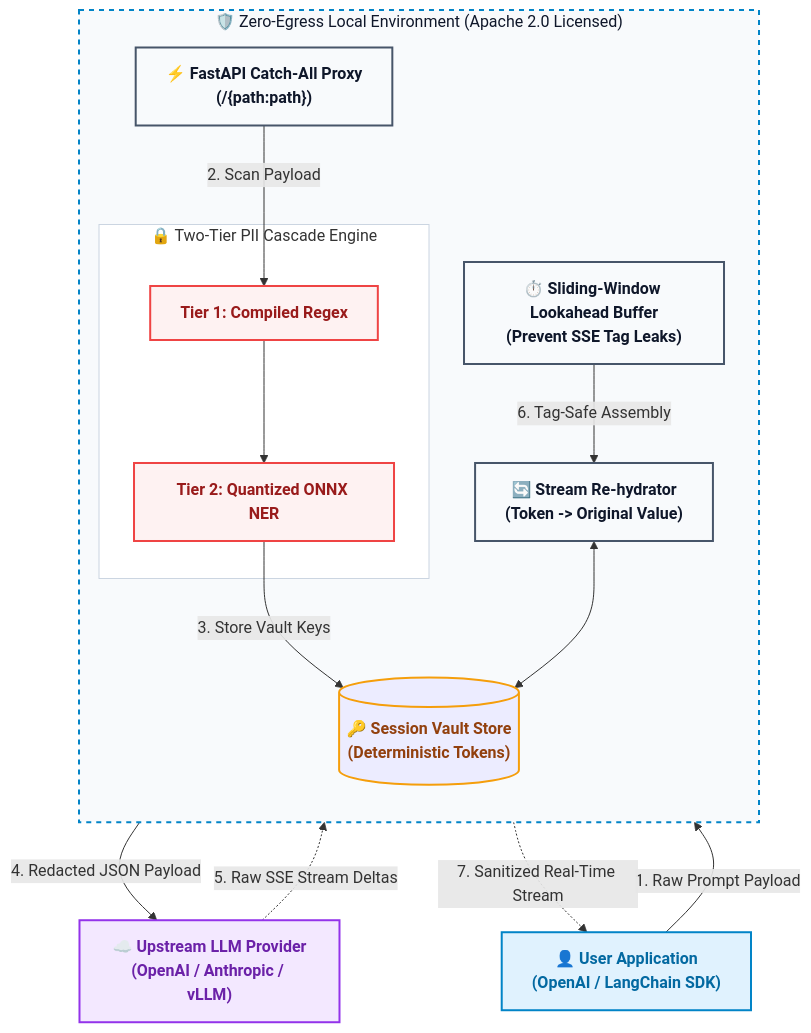
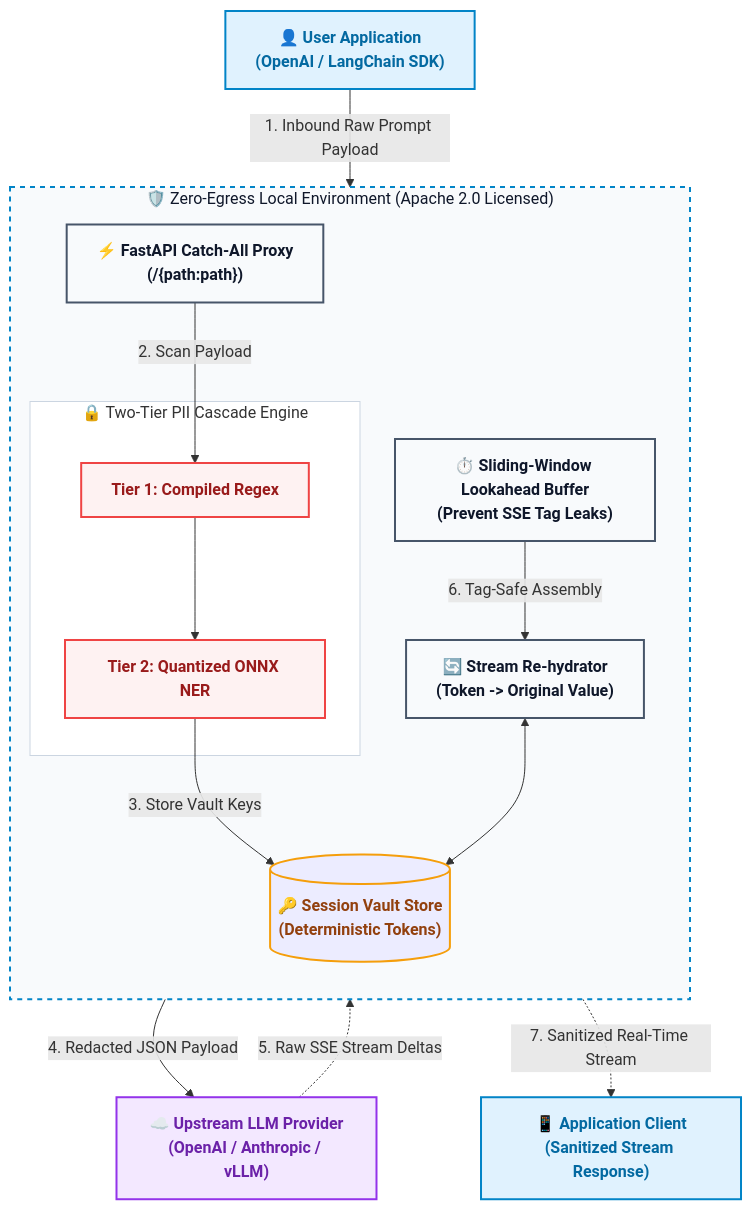
Before and after one commit to ninadphalak/LLM-Shield-Proxy: the diagram in README.md, drawn with Mermaid.

Commit message:
docs: resolve arrow overlap between step 1 and step 7 in Mermaid diagram

````diff
--- a/README.md
+++ b/README.md
@@ -17,42 +17,43 @@
 ```mermaid
 flowchart TD
     classDef client fill:#e0f2fe,stroke:#0284c7,stroke-width:2px,color:#0369a1,font-weight:bold;
     classDef proxyEngine fill:#f8fafc,stroke:#475569,stroke-width:2px,color:#0f172a,font-weight:bold;
     classDef piiSecurity fill:#fef2f2,stroke:#ef4444,stroke-width:2px,color:#991b1b,font-weight:bold;
     classDef vault fill:#fffbebe,stroke:#f59e0b,stroke-width:2px,color:#92400e,font-weight:bold;
     classDef upstream fill:#f3e8ff,stroke:#9333ea,stroke-width:2px,color:#6b21a8,font-weight:bold;
 
     UserApp["👤 User Application\n(OpenAI / LangChain SDK)"]:::client
 
     subgraph SecurityMoat ["🛡️ Zero-Egress Local Environment (Apache 2.0 Licensed)"]
         direction TD
         FastAPIProxy["⚡ FastAPI Catch-All Proxy\n(/{path:path})"]:::proxyEngine
 
         subgraph CascadeEngine ["🔒 Two-Tier PII Cascade Engine"]
             Tier1["Tier 1: Compiled Regex"]:::piiSecurity
             Tier2["Tier 2: Quantized ONNX NER"]:::piiSecurity
             Tier1 --> Tier2
         end
 
         VaultStore[("🔑 Session Vault Store\n(Deterministic Tokens)")]:::vault
         LookaheadBuffer["⏱️ Sliding-Window Lookahead Buffer\n(Prevent SSE Tag Leaks)"]:::proxyEngine
         Rehydrator["🔄 Stream Re-hydrator\n(Token -> Original Value)"]:::proxyEngine
     end
 
     UpstreamLLM["☁️ Upstream LLM Provider\n(OpenAI / Anthropic / vLLM)"]:::upstream
+    UserStreamResponse["📱 Application Client\n(Sanitized Stream Response)"]:::client
 
     %% Inbound Flow (Prompt Sanitization)
-    UserApp -- "1. Raw Prompt Payload" --> FastAPIProxy
+    UserApp -- "1. Inbound Raw Prompt Payload" --> FastAPIProxy
     FastAPIProxy -- "2. Scan Payload" --> Tier1
     Tier2 -- "3. Store Vault Keys" --> VaultStore
     Tier2 -- "4. Redacted JSON Payload" --> UpstreamLLM
 
     %% Outbound Flow (Streaming De-redaction)
     UpstreamLLM -. "5. Raw SSE Stream Deltas" .-> LookaheadBuffer
     LookaheadBuffer -- "6. Tag-Safe Assembly" --> Rehydrator
     Rehydrator <--> VaultStore
-    Rehydrator -. "7. Sanitized Real-Time Stream" .-> UserApp
+    Rehydrator -. "7. Sanitized Real-Time Stream" .-> UserStreamResponse
 
     style SecurityMoat fill:#f8fafc,stroke:#0284c7,stroke-width:2px,stroke-dasharray: 5 5,color:#0f172a
     style CascadeEngine fill:#ffffff,stroke:#cbd5e1,stroke-width:1px
 ```
````
